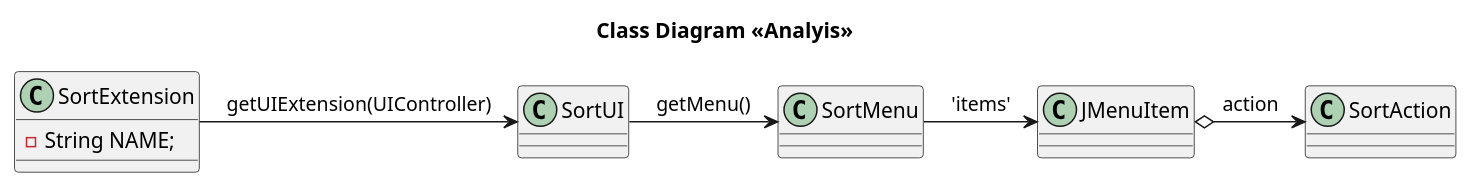
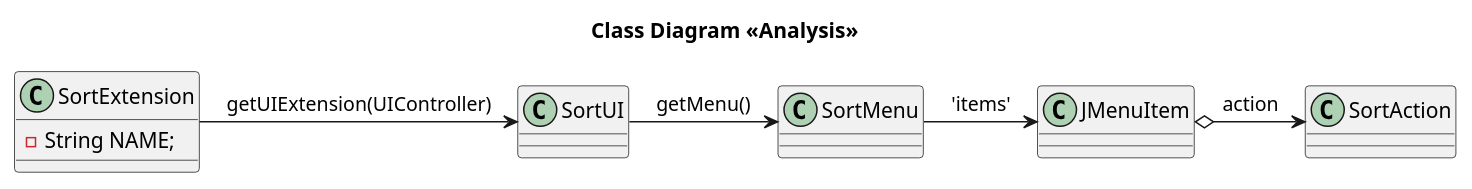
The diagram in src/main/java/csheets/worklog/n1130383/sprint2/sort_extension_1.puml (RubenTeixeira/cleansheets_isep_2dg_2016), drawn with PlantUML before and after one commit. The commit also changed 13 other files, not shown here.

```diff
--- a/src/main/java/csheets/worklog/n1130383/sprint2/sort_extension_1.puml
+++ b/src/main/java/csheets/worklog/n1130383/sprint2/sort_extension_1.puml
@@ -1,15 +1,15 @@
   @startuml doc-files/sort_extension_1.png
-title: Class Diagram <<Analyis>>
+title: Class Diagram <<Analysis>>
   class SortAction {
    }
   class SortMenu
   class SortExtension {
     -String NAME;
   }
   class SortUI
   class JMenuItem
   SortExtension -> SortUI : getUIExtension(UIController)
   SortUI -> SortMenu : getMenu()
   SortMenu -> JMenuItem : 'items'
   JMenuItem o-> SortAction : action
   @enduml
```
